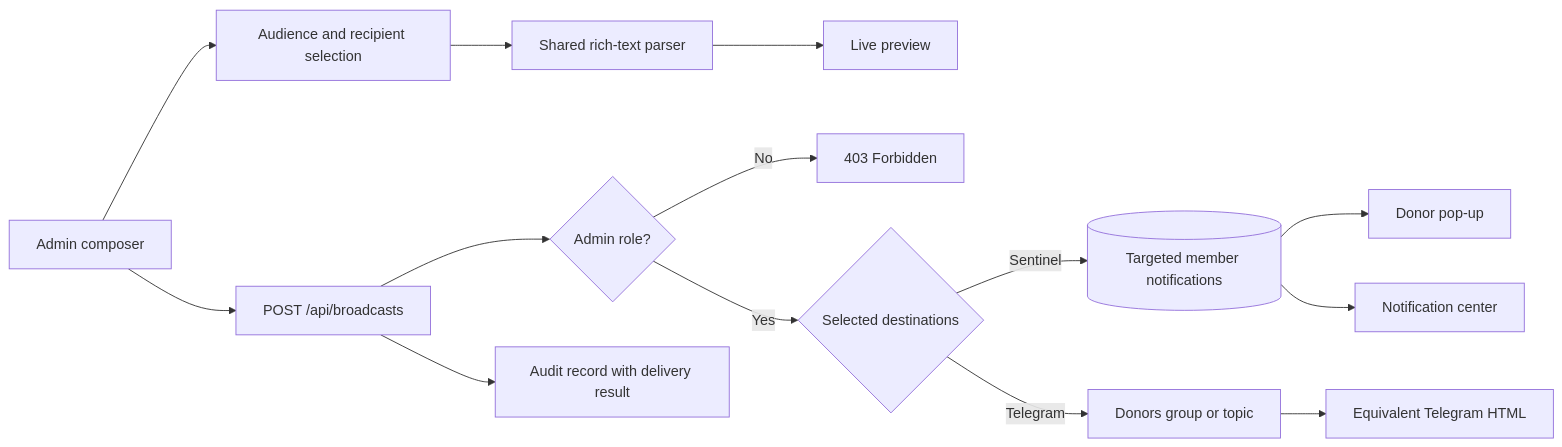
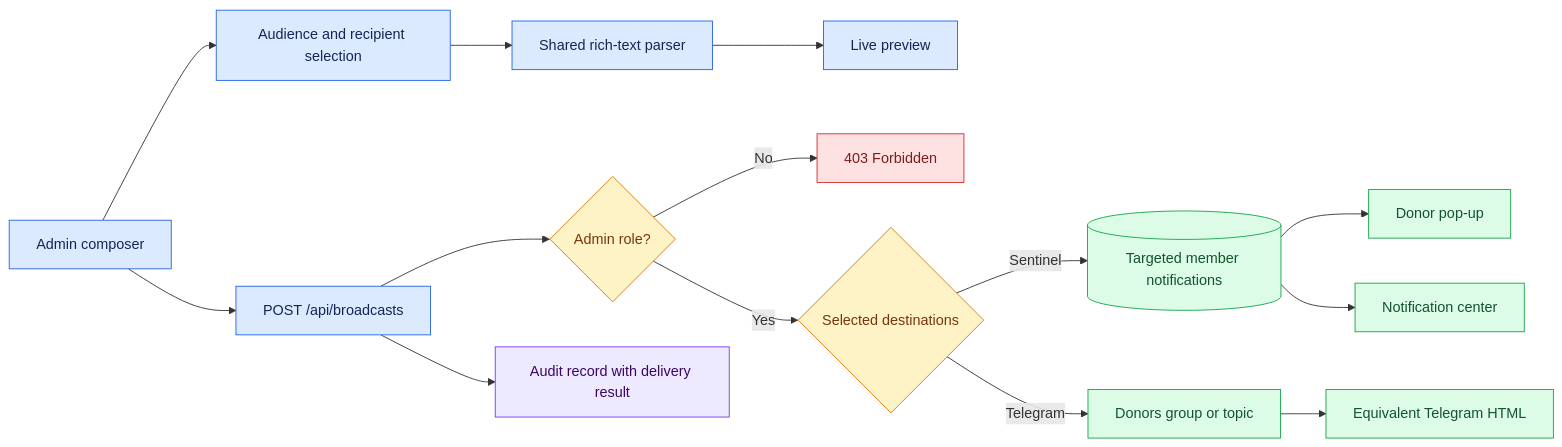
One commit to zxcvresque/Pzp-Sentinel changed the third of 7 diagrams in README.md. Above: the diagram before and after it, drawn with Mermaid. The commit also changed other lines of this file and 26 other files, not shown here.

````diff
--- a/README.md
+++ b/README.md
@@ -179,16 +192,27 @@
 ```mermaid
 flowchart LR
     A[Admin composer] --> AUD[Audience and recipient selection]
     AUD --> P[Shared rich-text parser]
     P --> V[Live preview]
     A --> API[POST /api/broadcasts]
     API --> AUTH{Admin role?}
     AUTH -->|No| DENY[403 Forbidden]
     AUTH -->|Yes| DEST{Selected destinations}
     DEST -->|Sentinel| N[(Targeted member notifications)]
     DEST -->|Telegram| T[Donors group or topic]
     N --> POP[Donor pop-up]
     N --> BELL[Notification center]
     T --> POST[Equivalent Telegram HTML]
     API --> LOG[Audit record with delivery result]
+
+    classDef compose fill:#dbeafe,stroke:#2563eb,color:#172554
+    classDef decision fill:#fef3c7,stroke:#d97706,color:#78350f
+    classDef delivery fill:#dcfce7,stroke:#16a34a,color:#14532d
+    classDef denied fill:#fee2e2,stroke:#dc2626,color:#7f1d1d
+    classDef audit fill:#ede9fe,stroke:#7c3aed,color:#3b0764
+    class A,AUD,P,V,API compose
+    class AUTH,DEST decision
+    class N,T,POP,BELL,POST delivery
+    class DENY denied
+    class LOG audit
 ```
````
